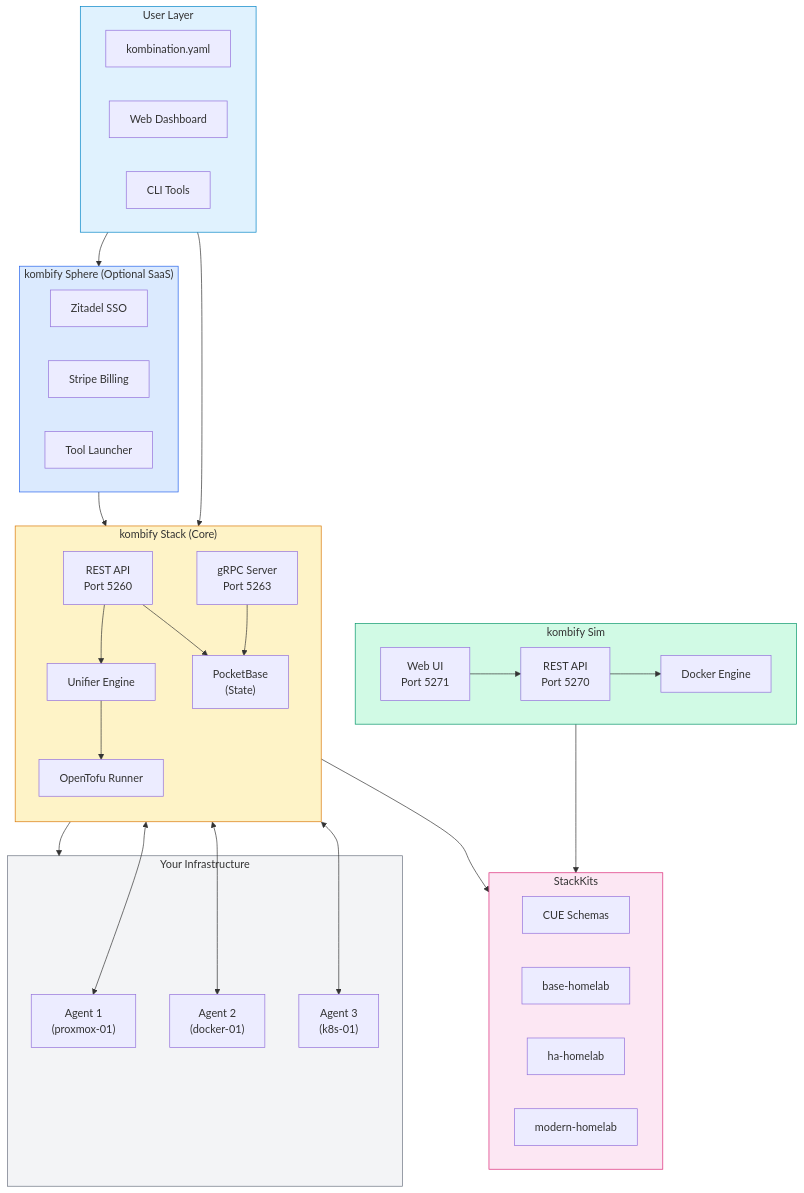
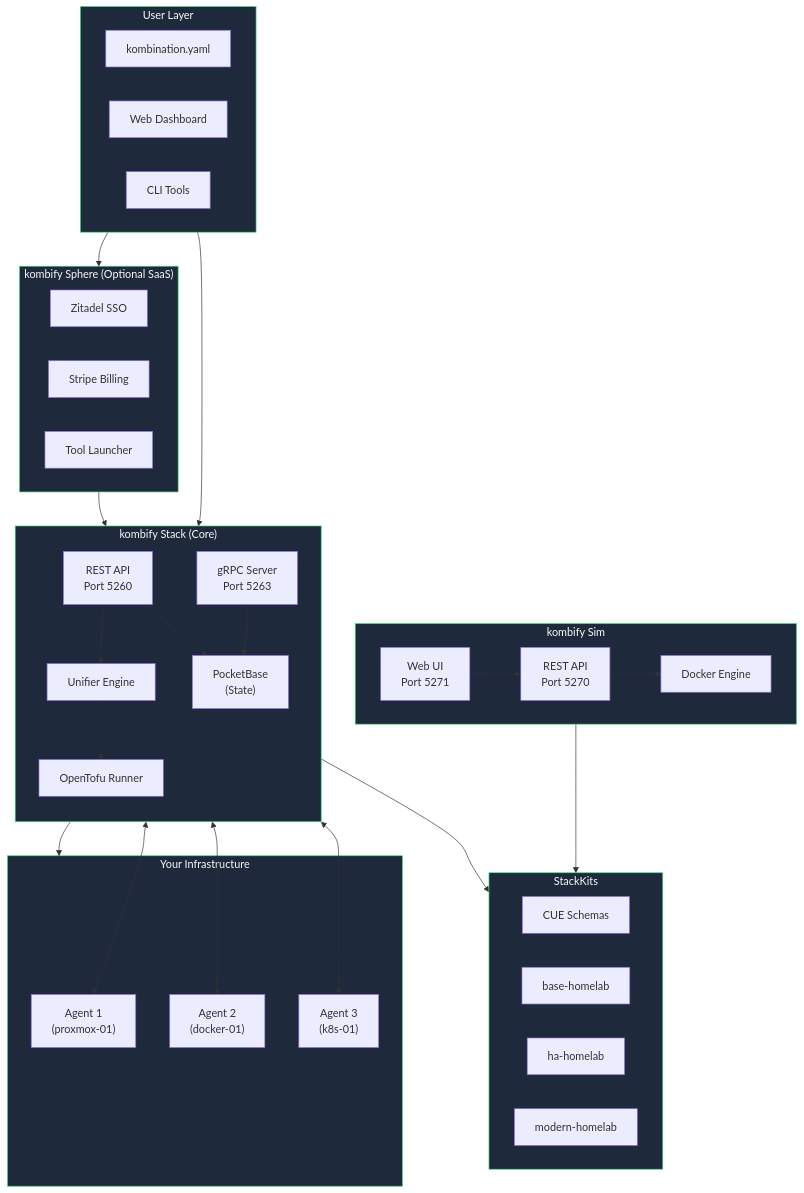
Before and after one commit to KombiverseLabs/docs: the first of 9 diagrams in concepts/architecture.mdx, drawn with Mermaid. The commit also changed other lines of this file and 33 other files, not shown here.

````diff
--- a/concepts/architecture.mdx
+++ b/concepts/architecture.mdx
@@ -13,68 +11,68 @@
 ```mermaid
 graph TB
     subgraph User["User Layer"]
         YAML["kombination.yaml"]
         UI["Web Dashboard"]
         CLI["CLI Tools"]
     end
 
     subgraph Sphere["kombify Sphere (Optional SaaS)"]
         direction LR
         Auth["Zitadel SSO"]
         Billing["Stripe Billing"]
         Launcher["Tool Launcher"]
     end
 
     subgraph Stack["kombify Stack (Core)"]
         direction TB
         API["REST API<br/>Port 5260"]
         gRPC["gRPC Server<br/>Port 5263"]
         Unifier["Unifier Engine"]
         ToFu["OpenTofu Runner"]
         PB["PocketBase<br/>(State)"]
         
         API --> Unifier
         Unifier --> ToFu
         API --> PB
         gRPC --> PB
     end
 
     subgraph Sim["kombify Sim"]
         SimAPI["REST API<br/>Port 5270"]
         SimUI["Web UI<br/>Port 5271"]
         Docker["Docker Engine"]
         
         SimUI --> SimAPI
         SimAPI --> Docker
     end
 
     subgraph StackKits["StackKits"]
         CUE["CUE Schemas"]
         Base["base-homelab"]
         HA["ha-homelab"]
         Modern["modern-homelab"]
     end
 
     subgraph Infra["Your Infrastructure"]
         Agent1["Agent 1<br/>(proxmox-01)"]
         Agent2["Agent 2<br/>(docker-01)"]
         Agent3["Agent 3<br/>(k8s-01)"]
     end
 
     User --> Sphere
     User --> Stack
     Sphere --> Stack
     
     Stack --> StackKits
     Sim --> StackKits
     
     gRPC <--> Agent1 & Agent2 & Agent3
     ToFu --> Infra
 
-    style User fill:#e0f2fe,stroke:#0284c7
-    style Sphere fill:#dbeafe,stroke:#2563eb
-    style Stack fill:#fef3c7,stroke:#d97706
-    style Sim fill:#d1fae5,stroke:#059669
-    style StackKits fill:#fce7f3,stroke:#db2777
-    style Infra fill:#f3f4f6,stroke:#6b7280
+    style User fill:#1e293b,stroke:#4ade80,color:#f8fafc
+    style Sphere fill:#1e293b,stroke:#4ade80,color:#f8fafc
+    style Stack fill:#1e293b,stroke:#4ade80,color:#f8fafc
+    style Sim fill:#1e293b,stroke:#4ade80,color:#f8fafc
+    style StackKits fill:#1e293b,stroke:#4ade80,color:#f8fafc
+    style Infra fill:#1e293b,stroke:#4ade80,color:#f8fafc
 ```
````
